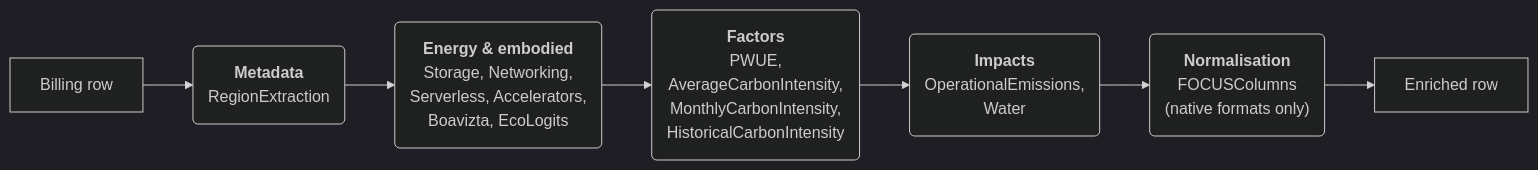
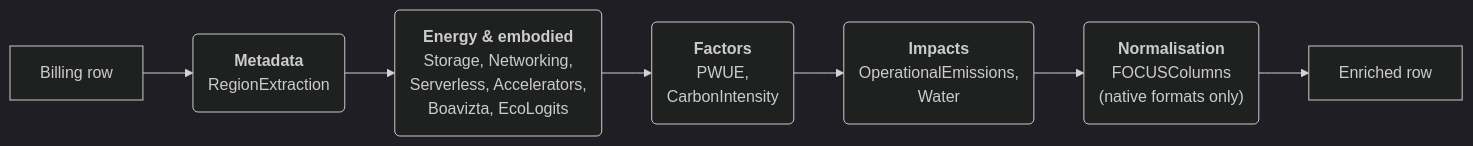
The diagram in docs/src/modules.md (DigitalPebble/spruce), drawn with Mermaid (dark theme) before and after one commit. The commit also changed other lines of this file and 4 other files, not shown here.

Commit message:
Rename the WattTime module to WattTimeCarbonIntensity

````diff
--- a/docs/src/modules.md
+++ b/docs/src/modules.md
@@ -33,9 +33,9 @@
 ```mermaid
 flowchart LR
     A[Billing row] --> B("<b>Metadata</b><br>RegionExtraction")
     B --> C("<b>Energy &amp; embodied</b><br>Storage, Networking,<br>Serverless, Accelerators,<br>Boavizta, EcoLogits")
-    C --> D("<b>Factors</b><br>PWUE,<br>AverageCarbonIntensity,<br>MonthlyCarbonIntensity,<br>HistoricalCarbonIntensity")
+    C --> D("<b>Factors</b><br>PWUE,<br>CarbonIntensity")
     D --> E("<b>Impacts</b><br>OperationalEmissions,<br>Water")
     E --> F("<b>Normalisation</b><br>FOCUSColumns<br>(native formats only)")
     F --> G[Enriched row]
 ```
````
